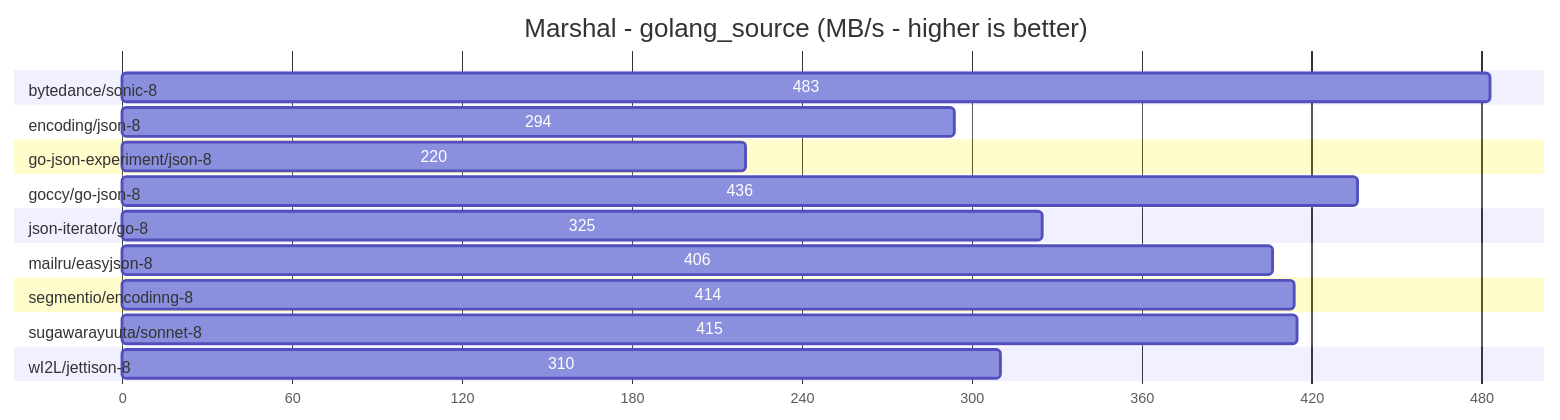
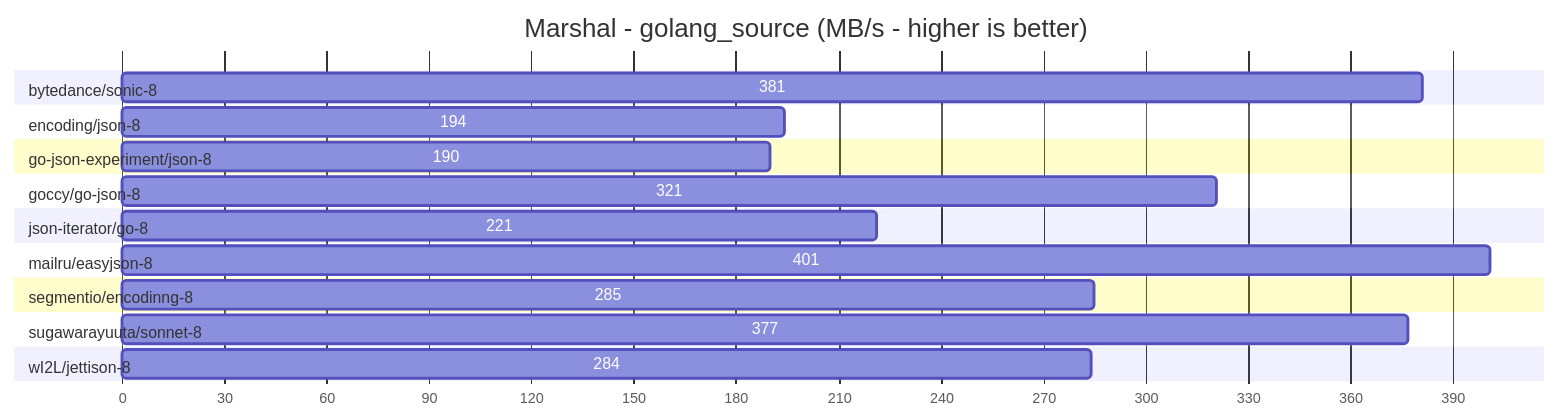
The third of 12 diagrams in README.md (spywiree-priv/go-json-benchmark), drawn with Mermaid before and after one commit. The commit also changed other lines of this file and 2 other files, not shown here.

````diff
--- a/README.md
+++ b/README.md
@@ -53,25 +53,25 @@
 ```mermaid
 gantt
 title Marshal - golang_source (MB/s - higher is better)
 dateFormat X
 axisFormat %s
 
 section bytedance/sonic-8                   
-483 :0, 483
+381 :0, 381
 section encoding/json-8                     
-294 :0, 294
+194 :0, 194
 section go-json-experiment/json-8           
-220 :0, 220
+190 :0, 190
 section goccy/go-json-8                     
-436 :0, 436
+321 :0, 321
 section json-iterator/go-8                  
-325 :0, 325
+221 :0, 221
 section mailru/easyjson-8                   
-406 :0, 406
+401 :0, 401
 section segmentio/encodinng-8               
-414 :0, 414
+285 :0, 285
 section sugawarayuuta/sonnet-8              
-415 :0, 415
+377 :0, 377
 section wI2L/jettison-8                     
-310 :0, 310
+284 :0, 284
 ```
````
